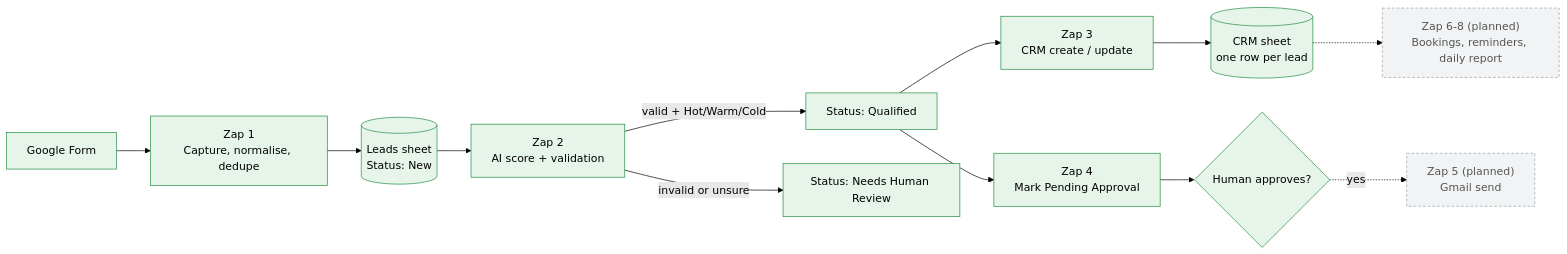
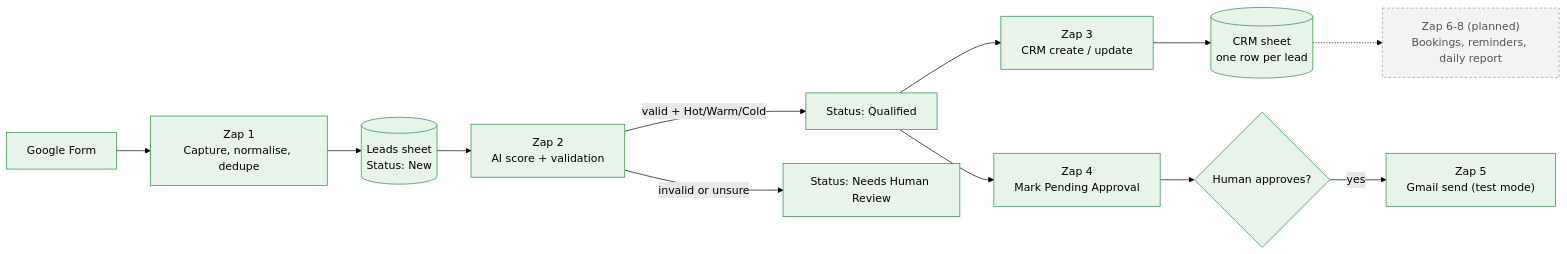
One commit to ara-5/AI-Sales-Lead-Conversion-Automation changed the diagram in README.md. Above: the diagram before and after it, drawn with Mermaid (forest theme). The commit also changed other lines of this file and 3 other files, not shown here.

First line of the commit message:
Zap 5 live in test mode: record TC-18 pass, update status, badge and diagram

````diff
--- a/README.md
+++ b/README.md
@@ -17,18 +17,18 @@
 ```mermaid
 flowchart LR
   F[Google Form] --> Z1["Zap 1<br/>Capture, normalise, dedupe"]
   Z1 --> L[("Leads sheet<br/>Status: New")]
   L --> Z2["Zap 2<br/>AI score + validation"]
   Z2 -->|valid + Hot/Warm/Cold| Q["Status: Qualified"]
   Z2 -->|invalid or unsure| H["Status: Needs Human Review"]
   Q --> Z3["Zap 3<br/>CRM create / update"]
   Z3 --> C[("CRM sheet<br/>one row per lead")]
   Q --> Z4["Zap 4<br/>Mark Pending Approval"]
   Z4 --> A{Human approves?}
-  A -.->|yes| G["Zap 5 (planned)<br/>Gmail send"]
+  A -->|yes| G["Zap 5<br/>Gmail send (test mode)"]
   C -.-> Z78["Zap 6-8 (planned)<br/>Bookings, reminders, daily report"]
   classDef live fill:#e6f4ea,stroke:#1e8e3e,color:#000;
   classDef planned fill:#f1f3f4,stroke:#9aa0a6,color:#555,stroke-dasharray: 4 3;
-  class F,Z1,L,Z2,Q,H,Z3,C,Z4,A live;
-  class G,Z78 planned;
+  class F,Z1,L,Z2,Q,H,Z3,C,Z4,A,G live;
+  class Z78 planned;
 ```
````
